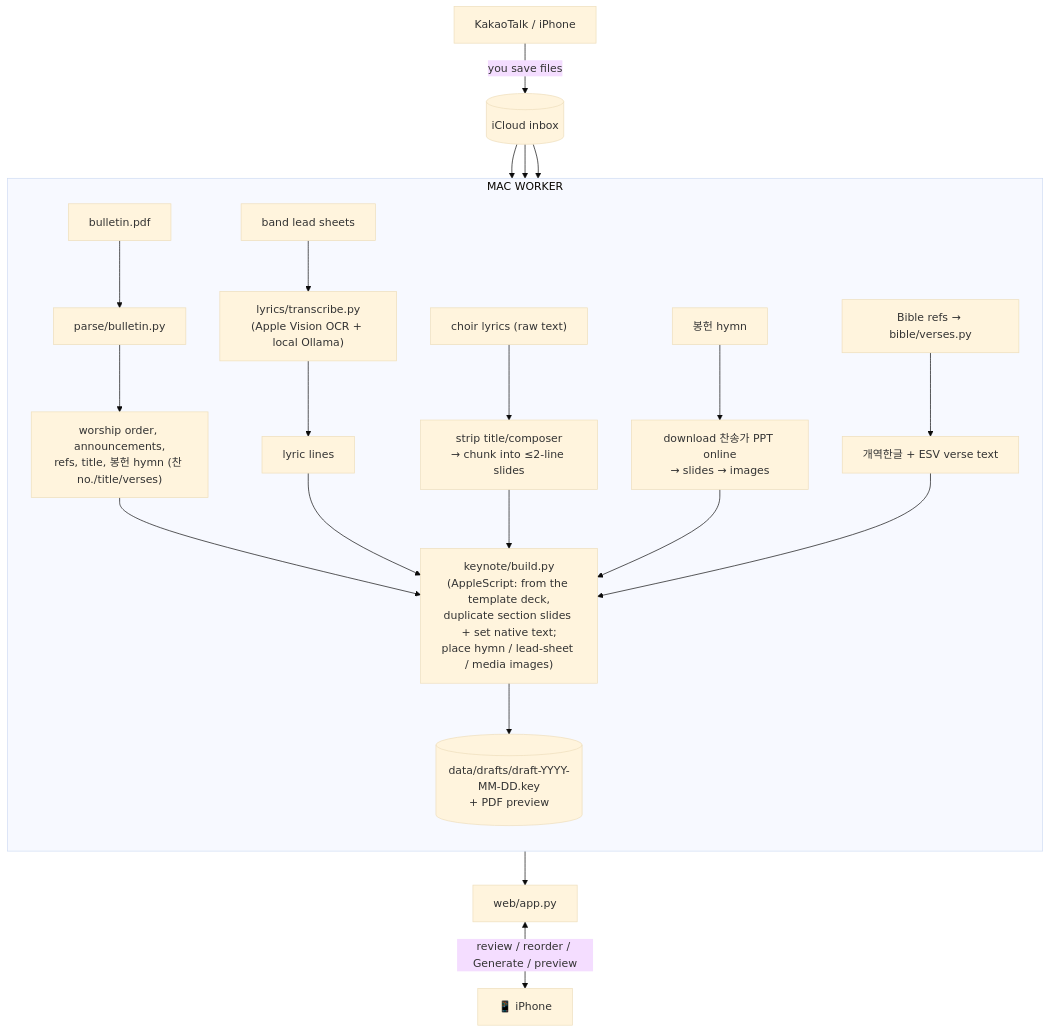
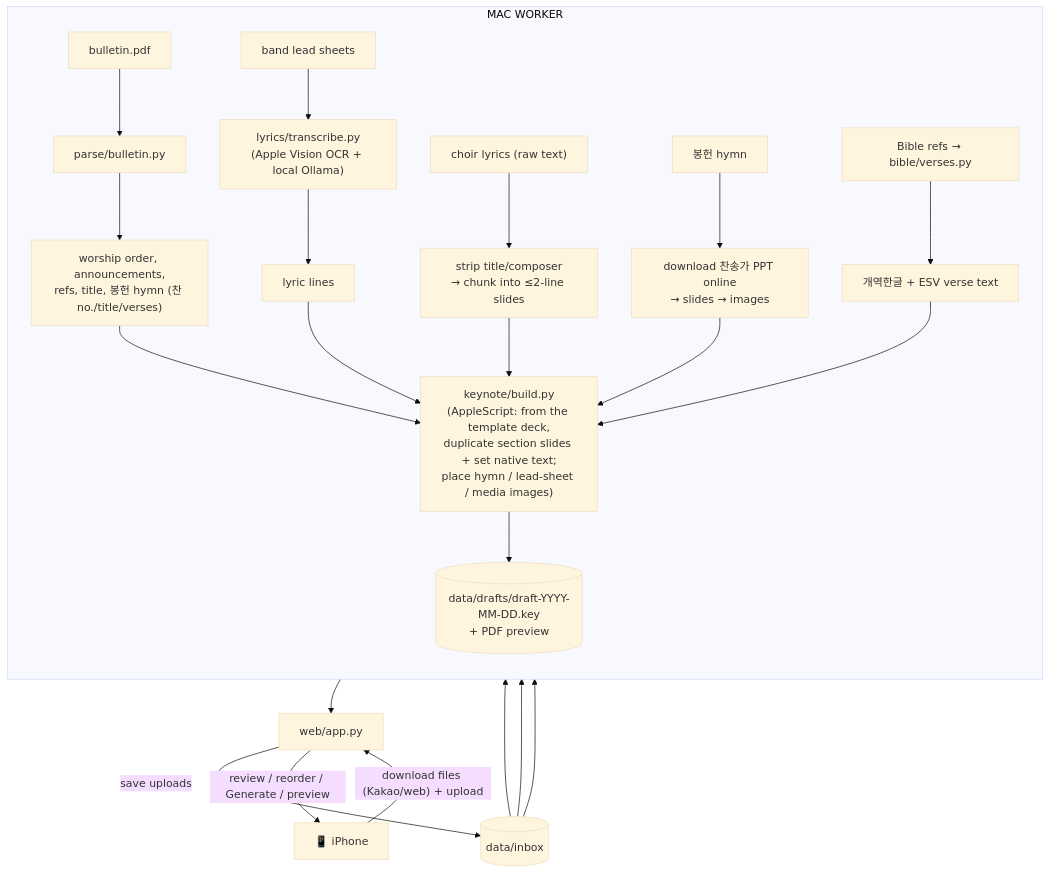
Before and after one commit to jungsunp/worship-deck-builder: the diagram in README.md, drawn with Mermaid (base theme). The commit also changed other lines of this file and 4 other files, not shown here.

First line of the commit message:
chore: drop INBOX_DIR env var; uploads use fixed data/inbox/ (#68)

````diff
--- a/README.md
+++ b/README.md
@@ -33,34 +32,35 @@
 ```mermaid
 flowchart TD
-    kakao["KakaoTalk / iPhone"] -->|you save files| inbox[("iCloud inbox")]
+    phone["📱 iPhone"] -->|"download files (Kakao/web) + upload"| web["web/app.py"]
+    web -->|save uploads| inbox[("data/inbox")]
 
     subgraph mac ["MAC WORKER"]
         direction TB
         bulletin["bulletin.pdf"] --> parse["parse/bulletin.py"]
         parse --> parsed["worship order, announcements,<br/>refs, title, 봉헌 hymn (찬 no./title/verses)"]
 
         sheets["band lead sheets"] --> transcribe["lyrics/transcribe.py<br/>(Apple Vision OCR + local Ollama)"]
         transcribe --> lyrics["lyric lines"]
 
         choir["choir lyrics (raw text)"] --> choirp["strip title/composer<br/>→ chunk into ≤2-line slides"]
 
         hymn["봉헌 hymn"] --> hymndl["download 찬송가 PPT online<br/>→ slides → images"]
 
         bible["Bible refs → bible/verses.py"] --> verses["개역한글 + ESV verse text"]
 
         parsed --> build
         lyrics --> build
         choirp --> build
         hymndl --> build
         verses --> build
 
         build["keynote/build.py<br/>(AppleScript: from the template deck,<br/>duplicate section slides + set native text;<br/>place hymn / lead-sheet / media images)"]
         build --> draft[("data/drafts/draft-YYYY-MM-DD.key<br/>+ PDF preview")]
     end
 
     inbox --> bulletin
     inbox --> sheets
     inbox --> hymn
-    draft --> web["web/app.py"]
-    web <-->|"review / reorder / Generate / preview"| phone["📱 iPhone"]
+    draft --> web
+    web -->|"review / reorder / Generate / preview"| phone
 ```
````
